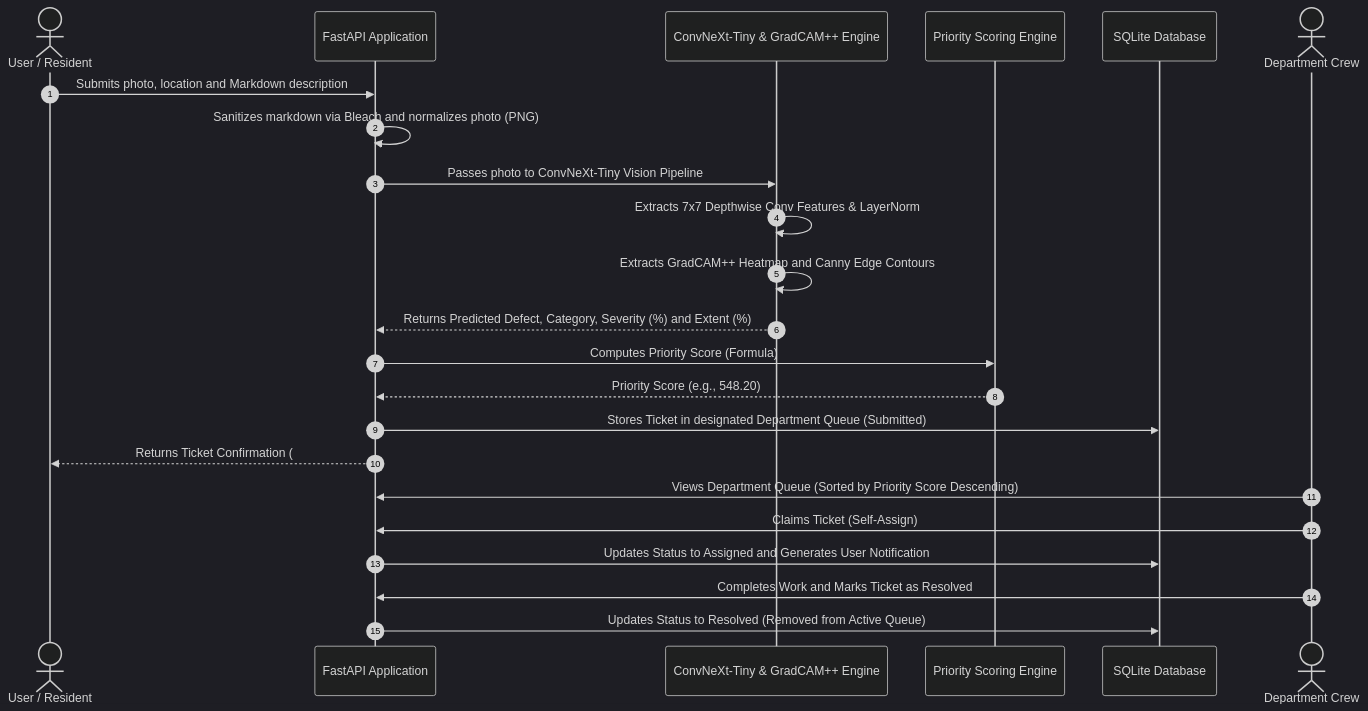
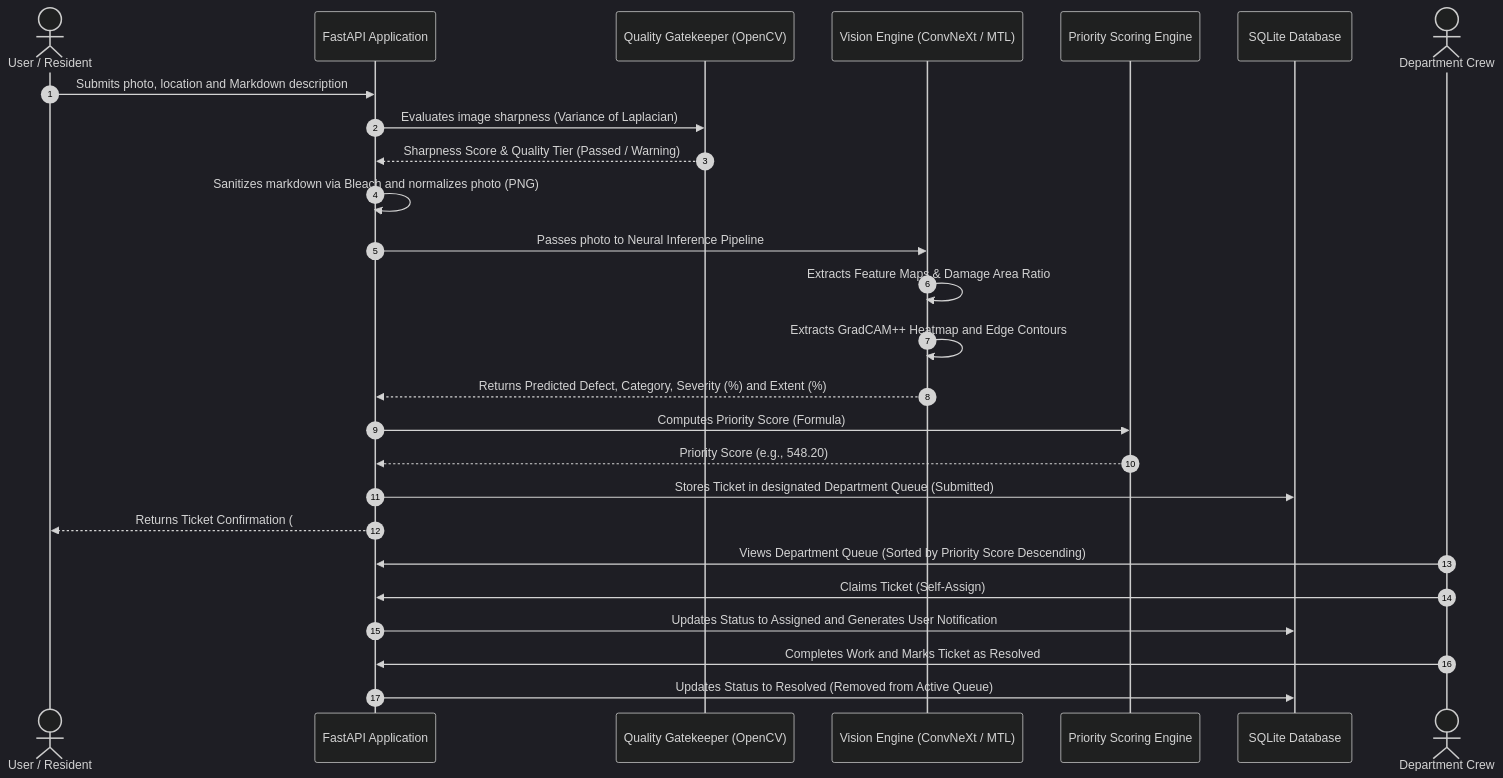
Before and after one commit to Bittu5134/InfraPulse: the third of 4 diagrams in README.md, drawn with Mermaid (dark theme). The commit also changed other lines of this file and 9 other files, not shown here.

Commit message:
feat(cv): implement Phase 1 Quality Gatekeeper (Laplacian sharpness) and Phase 2 Multi-Task Learning (MTL) Dual-Branch model

````diff
--- a/README.md
+++ b/README.md
@@ -120,26 +134,29 @@
 ```mermaid
 sequenceDiagram
     autonumber
     actor Resident as User / Resident
     participant App as FastAPI Application
-    participant ML as ConvNeXt-Tiny & GradCAM++ Engine
+    participant QG as Quality Gatekeeper (OpenCV)
+    participant ML as Vision Engine (ConvNeXt / MTL)
     participant Engine as Priority Scoring Engine
     participant DB as SQLite Database
     actor Staff as Department Crew
 
     Resident->>App: Submits photo, location and Markdown description
+    App->>QG: Evaluates image sharpness (Variance of Laplacian)
+    QG-->>App: Sharpness Score & Quality Tier (Passed / Warning)
     App->>App: Sanitizes markdown via Bleach and normalizes photo (PNG)
-    App->>ML: Passes photo to ConvNeXt-Tiny Vision Pipeline
-    ML->>ML: Extracts 7x7 Depthwise Conv Features & LayerNorm
-    ML->>ML: Extracts GradCAM++ Heatmap and Canny Edge Contours
+    App->>ML: Passes photo to Neural Inference Pipeline
+    ML->>ML: Extracts Feature Maps & Damage Area Ratio
+    ML->>ML: Extracts GradCAM++ Heatmap and Edge Contours
     ML-->>App: Returns Predicted Defect, Category, Severity (%) and Extent (%)
     App->>Engine: Computes Priority Score (Formula)
     Engine-->>App: Priority Score (e.g., 548.20)
     App->>DB: Stores Ticket in designated Department Queue (Submitted)
     App-->>Resident: Returns Ticket Confirmation (#INF-XXXXXXXXXX) and Live Queue Rank
     Staff->>App: Views Department Queue (Sorted by Priority Score Descending)
     Staff->>App: Claims Ticket (Self-Assign)
     App->>DB: Updates Status to Assigned and Generates User Notification
     Staff->>App: Completes Work and Marks Ticket as Resolved
     App->>DB: Updates Status to Resolved (Removed from Active Queue)
 ```
````
